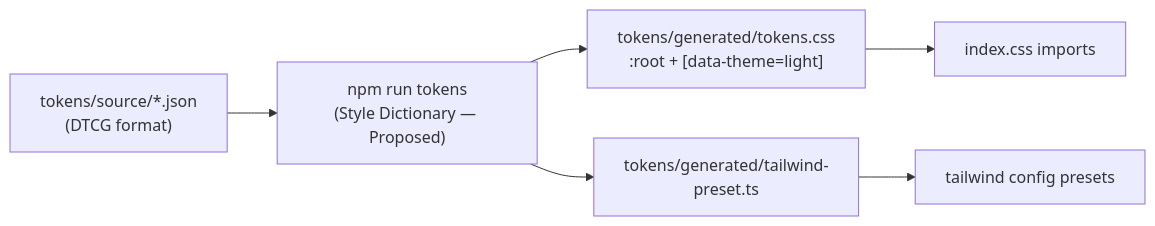
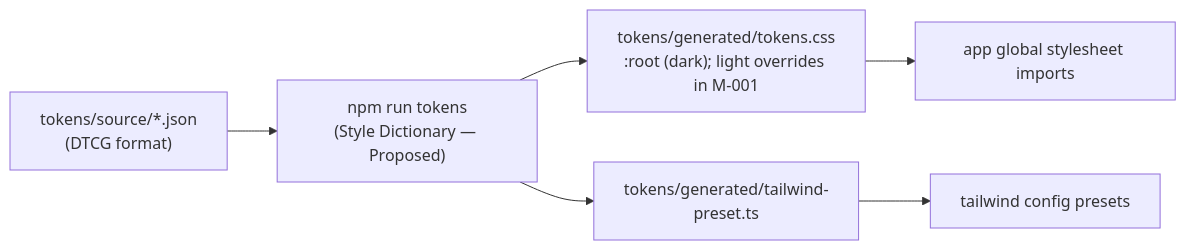
One commit to d-dragon/dp-stock-investment-assistant changed the diagram in docs/domains/frontend/TECHNICAL_DESIGN.md. Above: the diagram before and after it, drawn with Mermaid. The commit also changed other lines of this file and 4 other files, not shown here.

First line of the commit message:
docs(frontend): Pitch M-000-B shaped for delivery; TD 0.4, design lock and architecture updates

````diff
--- a/docs/domains/frontend/TECHNICAL_DESIGN.md
+++ b/docs/domains/frontend/TECHNICAL_DESIGN.md
@@ -419,8 +437,8 @@
 ```mermaid
 flowchart LR
   SRC["tokens/source/*.json<br/>(DTCG format)"] --> BUILD["npm run tokens<br/>(Style Dictionary — Proposed)"]
-  BUILD --> CSS["tokens/generated/tokens.css<br/>:root + [data-theme=light]"]
+  BUILD --> CSS["tokens/generated/tokens.css<br/>:root (dark); light overrides in M-001"]
   BUILD --> TW["tokens/generated/tailwind-preset.ts"]
-  CSS --> APP["index.css imports"]
+  CSS --> APP["app global stylesheet imports"]
   TW --> TWC["tailwind config presets"]
 ```
````
